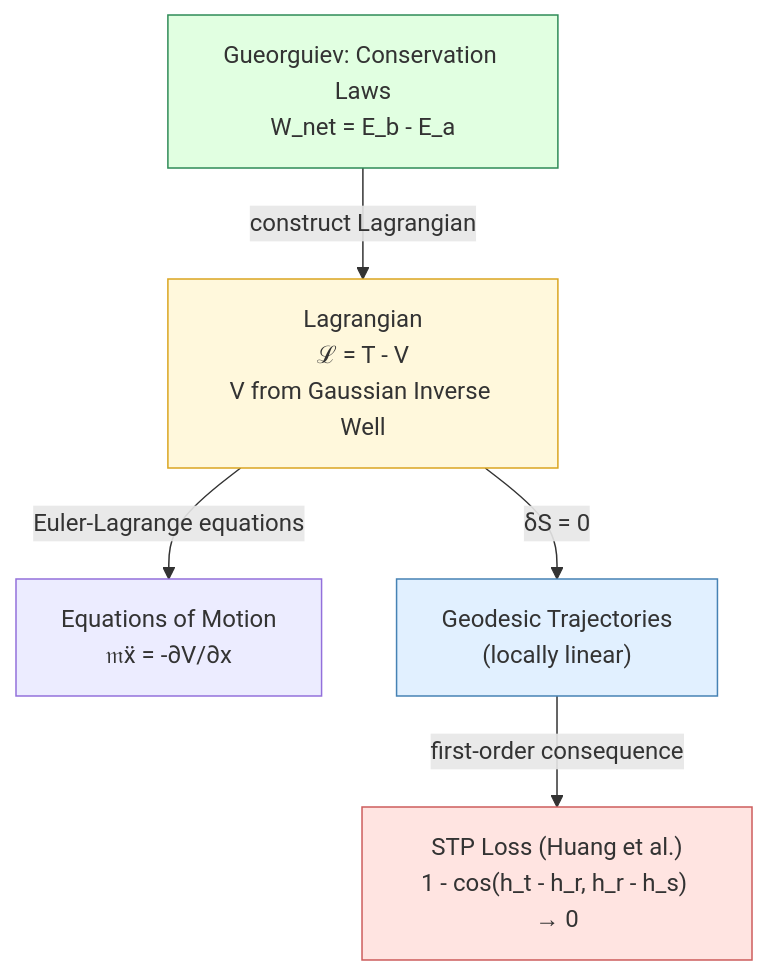
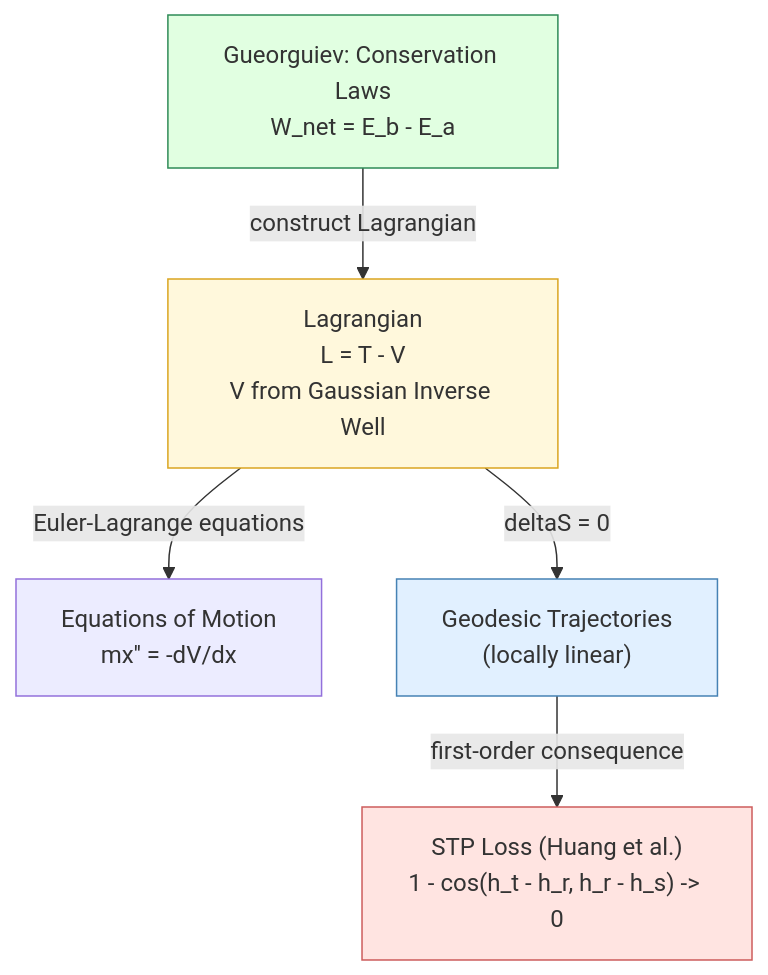
The fifth of 8 diagrams in docs/Hidden_States_Semantic_Tube_Geodesics_and_Semantic_Structures.md (dimitarpg13/semantic_simulation), drawn with Mermaid before and after one commit. The commit also changed other lines of this file and 28 other files, not shown here.

````diff
--- a/docs/Hidden_States_Semantic_Tube_Geodesics_and_Semantic_Structures.md
+++ b/docs/Hidden_States_Semantic_Tube_Geodesics_and_Semantic_Structures.md
@@ -266,12 +266,12 @@
 ```mermaid
 graph TD
-    GC["Gueorguiev: Conservation Laws<br>W_net = E_b - E_a"] -->|"construct Lagrangian"| LAG["Lagrangian<br>ℒ = T - V<br>V from Gaussian Inverse Well"]
-    LAG -->|"Euler-Lagrange equations"| EL["Equations of Motion<br>𝔪ẍ = -∂V/∂x"]
-    LAG -->|"δS = 0"| GEO["Geodesic Trajectories<br>(locally linear)"]
-    GEO -->|"first-order consequence"| STP["STP Loss (Huang et al.)<br>1 - cos(h_t - h_r, h_r - h_s) → 0"]
+    GC["Gueorguiev: Conservation Laws<br>W_net = E_b - E_a"] -->|"construct Lagrangian"| LAG["Lagrangian<br>L = T - V<br>V from Gaussian Inverse Well"]
+    LAG -->|"Euler-Lagrange equations"| EL["Equations of Motion<br>mx'' = -dV/dx"]
+    LAG -->|"deltaS = 0"| GEO["Geodesic Trajectories<br>(locally linear)"]
+    GEO -->|"first-order consequence"| STP["STP Loss (Huang et al.)<br>1 - cos(h_t - h_r, h_r - h_s) -> 0"]
 
     style GC fill:#e1ffe1,stroke:#2e8b57
     style LAG fill:#fff8dc,stroke:#daa520
     style GEO fill:#e1f0ff,stroke:#4682b4
     style STP fill:#ffe4e1,stroke:#cd5c5c
 ```
````
